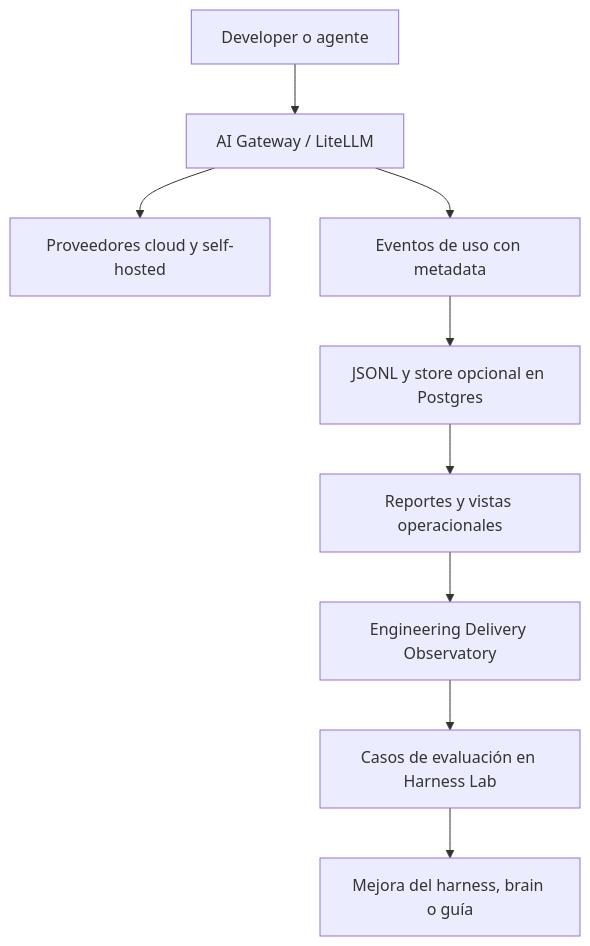
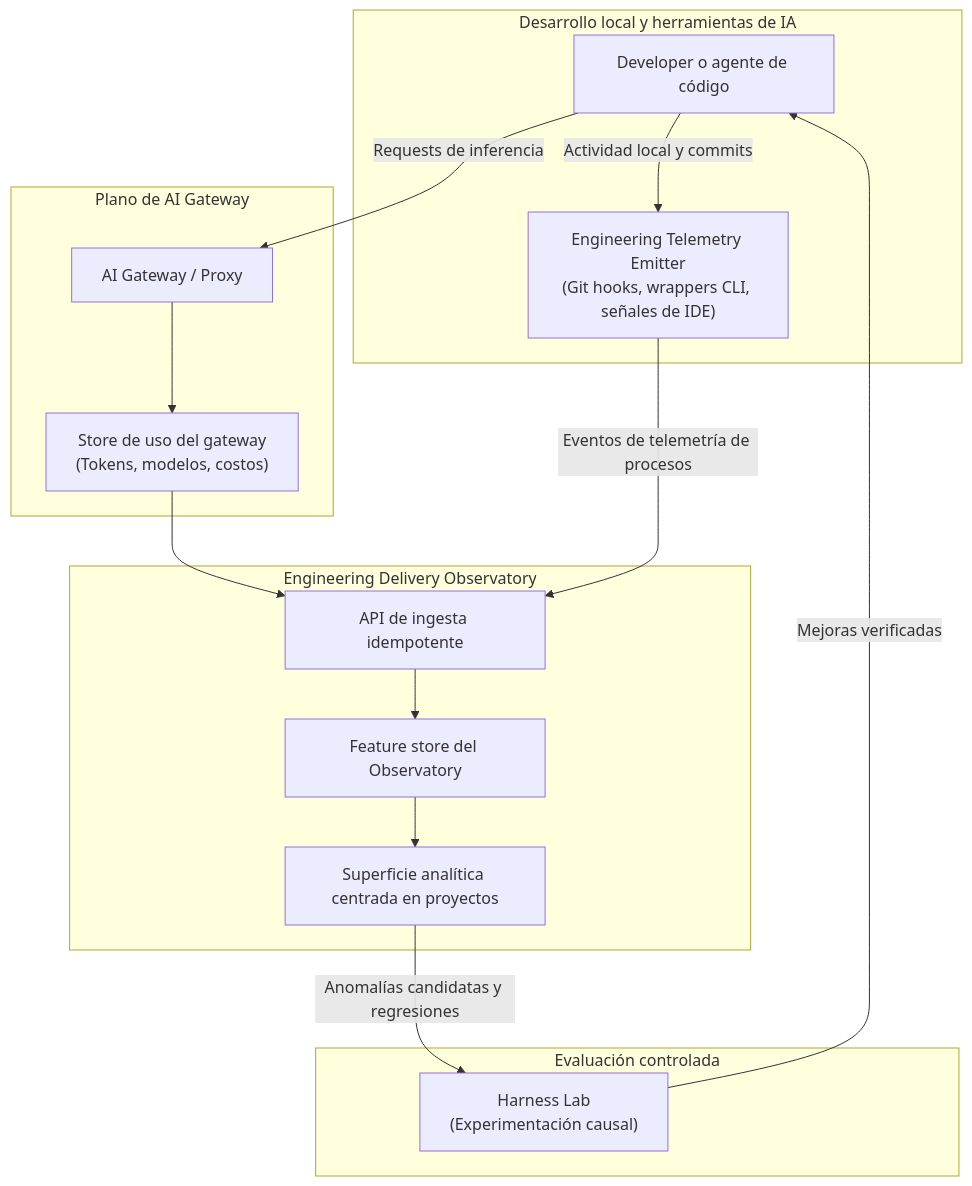
Before and after one commit to marcosdh1987/harness-engineering-guide: the second of 6 diagrams in docs/es/medir-y-mejorar/engineering-delivery-observatory.md, drawn with Mermaid. The commit also changed other lines of this file and 9 other files, not shown here.

Commit message:
docs: expand Engineering Delivery Observatory guides and add MathJax support

````diff
--- a/docs/es/medir-y-mejorar/engineering-delivery-observatory.md
+++ b/docs/es/medir-y-mejorar/engineering-delivery-observatory.md
@@ -21,11 +61,34 @@
 ```mermaid
-flowchart TB
-    DEV["Developer o agente"] --> GW["AI Gateway / LiteLLM"]
-    GW --> PROVIDERS["Proveedores cloud y self-hosted"]
-    GW --> EVENTS["Eventos de uso con metadata"]
-    EVENTS --> STORE["JSONL y store opcional en Postgres"]
-    STORE --> REPORT["Reportes y vistas operacionales"]
-    REPORT --> OBS["Engineering Delivery Observatory"]
-    OBS --> LAB["Casos de evaluación en Harness Lab"]
-    LAB --> IMP["Mejora del harness, brain o guía"]
+flowchart TD
+    subgraph WORKSPACE["Desarrollo local y herramientas de IA"]
+        DEV["Developer o agente de código"]
+        EMITTER["Engineering Telemetry Emitter<br/>(Git hooks, wrappers CLI, señales de IDE)"]
+    end
+
+    subgraph GATEWAY["Plano de AI Gateway"]
+        GW["AI Gateway / Proxy"]
+        GW_STORE["Store de uso del gateway<br/>(Tokens, modelos, costos)"]
+    end
+
+    subgraph OBSERVATORY["Engineering Delivery Observatory"]
+        INGEST["API de ingesta idempotente"]
+        OBS_DB["Feature store del Observatory"]
+        DASH["Superficie analítica centrada en proyectos"]
+    end
+
+    subgraph LAB["Evaluación controlada"]
+        HLAB["Harness Lab<br/>(Experimentación causal)"]
+    end
+
+    DEV -->|"Requests de inferencia"| GW
+    GW --> GW_STORE
+    GW_STORE --> INGEST
+
+    DEV -->|"Actividad local y commits"| EMITTER
+    EMITTER -->|"Eventos de telemetría de procesos"| INGEST
+
+    INGEST --> OBS_DB
+    OBS_DB --> DASH
+    DASH -->|"Anomalías candidatas y regresiones"| HLAB
+    HLAB -->|"Mejoras verificadas"| DEV
 ```
````
